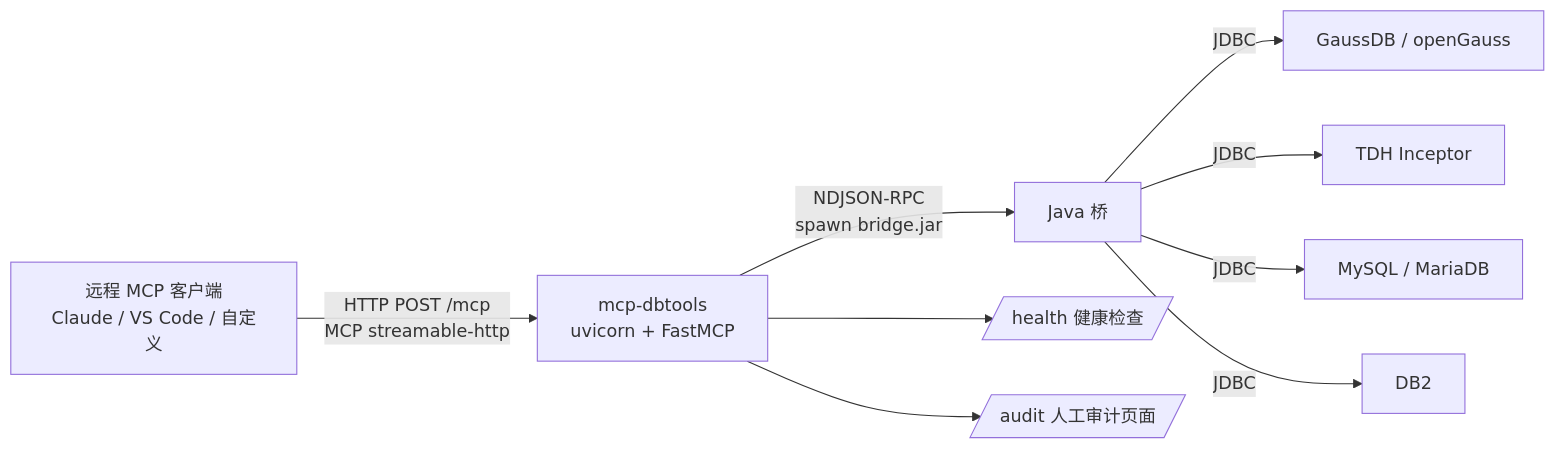
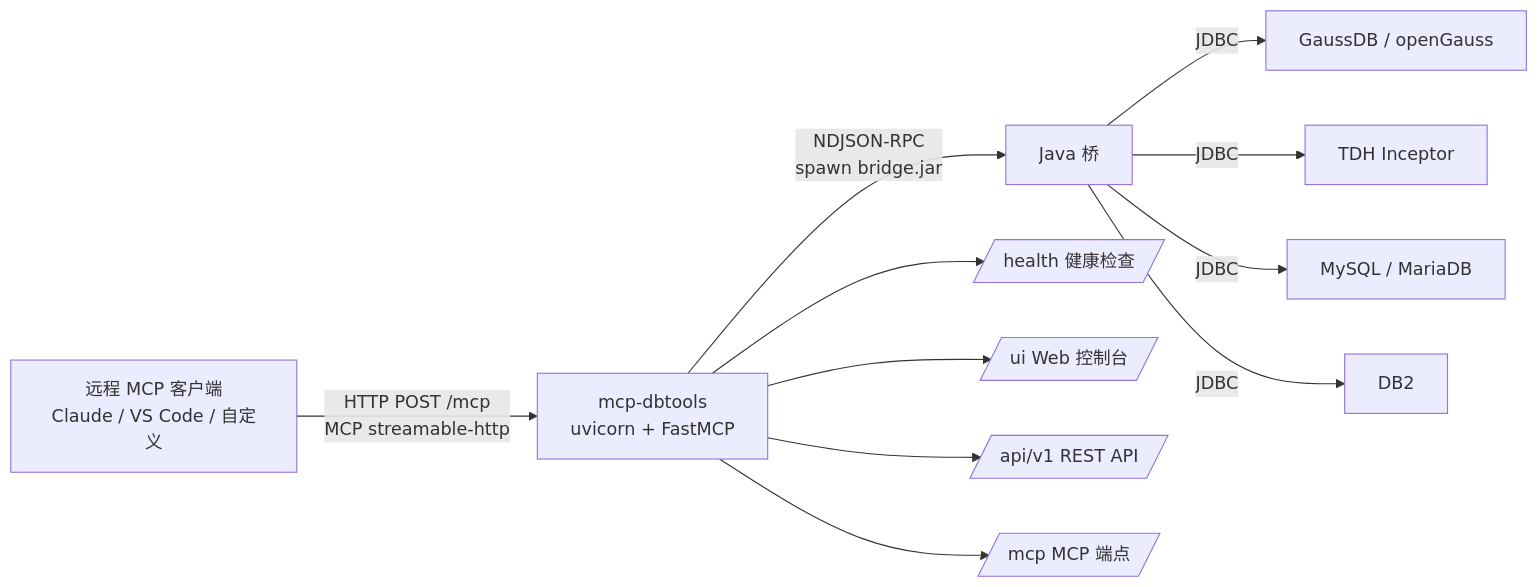
Before and after one commit to livebug/mcp-dbtools: the diagram in docs/使用说明.md, drawn with Mermaid. The commit also changed other lines of this file and 4 other files, not shown here.

````diff
--- a/docs/使用说明.md
+++ b/docs/使用说明.md
@@ -30,11 +30,13 @@
 ```mermaid
 flowchart LR
     C[远程 MCP 客户端<br/>Claude / VS Code / 自定义] -- "HTTP POST /mcp<br/>MCP streamable-http" --> S[mcp-dbtools<br/>uvicorn + FastMCP]
     S -- "NDJSON-RPC<br/>spawn bridge.jar" --> B[Java 桥]
     B -- "JDBC" --> G[GaussDB / openGauss]
     B -- "JDBC" --> T[TDH Inceptor]
     B -- "JDBC" --> M[MySQL / MariaDB]
     B -- "JDBC" --> D[DB2]
     S --> H[/health 健康检查/]
-    S --> A[/audit 人工审计页面/]
+    S --> A[/ui Web 控制台/]
+    S --> R[/api/v1 REST API/]
+    S --> M2[/mcp MCP 端点/]
 ```
````
